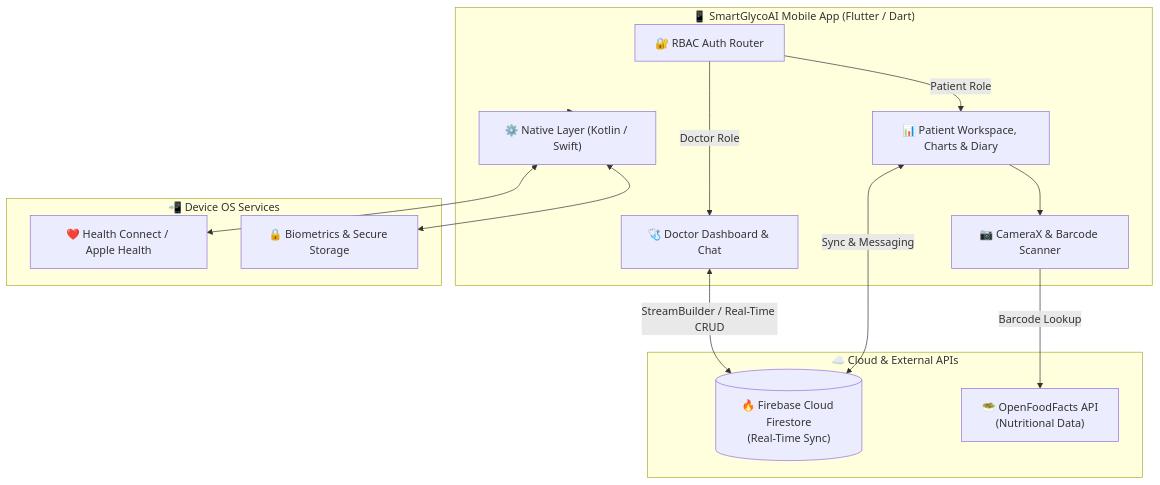
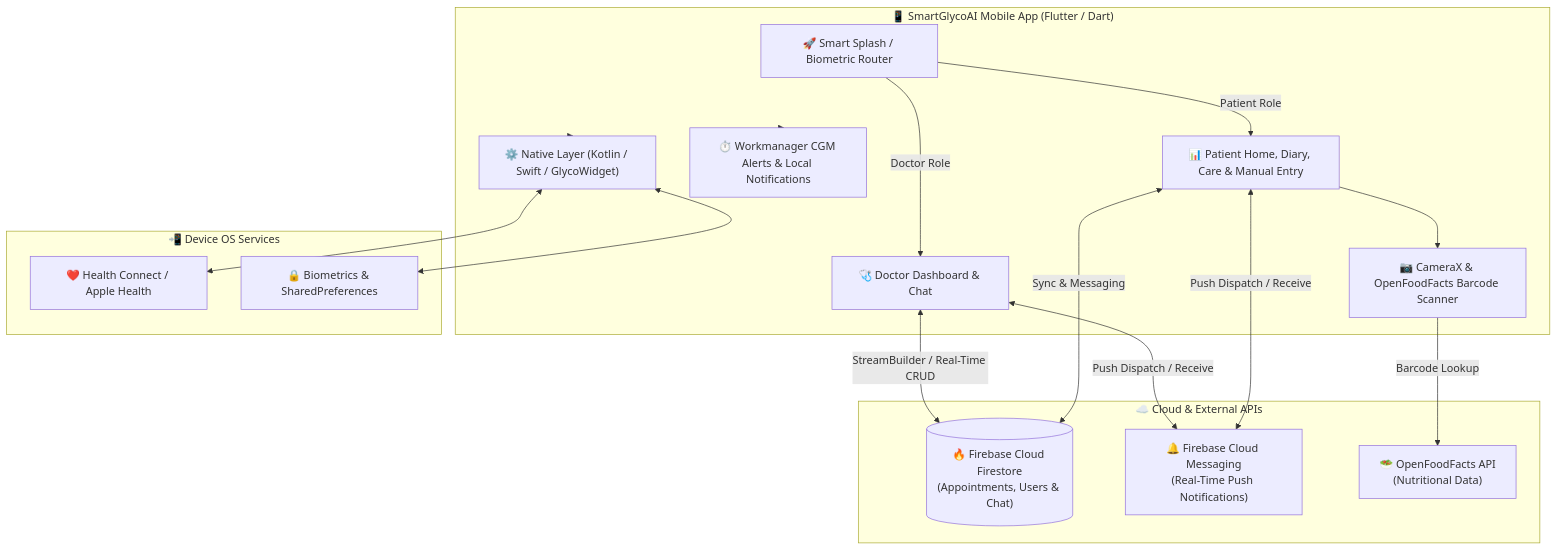
One commit to asoeiropt/IPM-6-APP changed the first of 2 diagrams in README.md. Above: the diagram before and after it, drawn with Mermaid. The commit also changed other lines of this file, not shown here.

````diff
--- a/README.md
+++ b/README.md
@@ -119,30 +136,35 @@
 ```mermaid
 flowchart TB
     subgraph Client["📱 SmartGlycoAI Mobile App (Flutter / Dart)"]
-        Auth["🔐 RBAC Auth Router"]
+        Splash["🚀 Smart Splash / Biometric Router"]
         DocUI["🩺 Doctor Dashboard & Chat"]
-        PatUI["📊 Patient Workspace, Charts & Diary"]
-        Cam["📷 CameraX & Barcode Scanner"]
-        Native["⚙️ Native Layer (Kotlin / Swift)"]
+        PatUI["📊 Patient Home, Diary, Care & Manual Entry"]
+        Cam["📷 CameraX & OpenFoodFacts Barcode Scanner"]
+        BG["⏱️ Workmanager CGM Alerts & Local Notifications"]
+        Native["⚙️ Native Layer (Kotlin / Swift / GlycoWidget)"]
     end
 
     subgraph Cloud["☁️ Cloud & External APIs"]
-        Firestore[("🔥 Firebase Cloud Firestore\n(Real-Time Sync)")]
+        Firestore[("🔥 Firebase Cloud Firestore\n(Appointments, Users & Chat)")]
+        FCM["🔔 Firebase Cloud Messaging\n(Real-Time Push Notifications)"]
         OFF["🥗 OpenFoodFacts API\n(Nutritional Data)"]
     end
 
     subgraph Device["📲 Device OS Services"]
         Health["❤️ Health Connect / Apple Health"]
-        Bio["🔒 Biometrics & Secure Storage"]
+        Bio["🔒 Biometrics & SharedPreferences"]
     end
 
-    Auth -->|Doctor Role| DocUI
-    Auth -->|Patient Role| PatUI
+    Splash -->|Doctor Role| DocUI
+    Splash -->|Patient Role| PatUI
     DocUI <-->|StreamBuilder / Real-Time CRUD| Firestore
     PatUI <-->|Sync & Messaging| Firestore
+    DocUI <-->|Push Dispatch / Receive| FCM
+    PatUI <-->|Push Dispatch / Receive| FCM
     PatUI --> Cam
     Cam -->|Barcode Lookup| OFF
+    Client --> BG
     Client --> Native
     Native <--> Health
     Native <--> Bio
 ```
````
